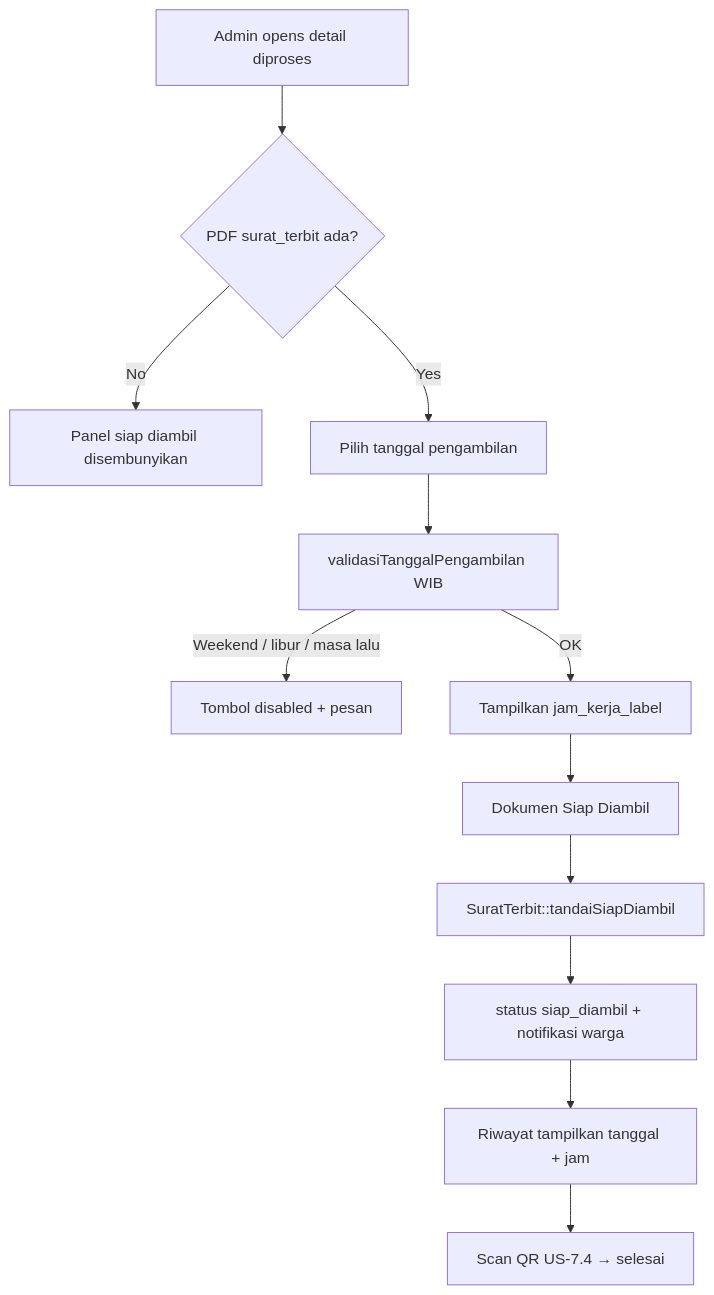
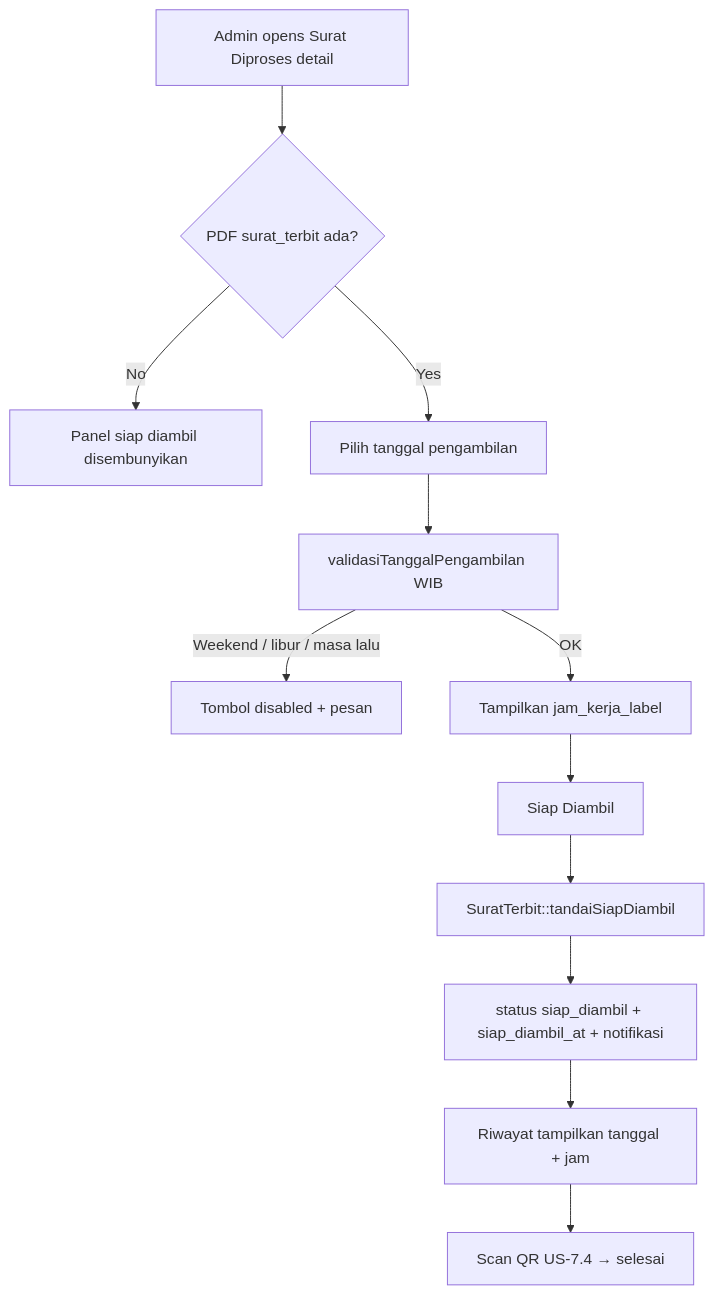
The first of 3 diagrams in docs/dev-docs/features/dokumen-siap-diambil.md (ZulfikarHD/sistem-desa), drawn with Mermaid before and after one commit. The commit also changed other lines of this file and 30 other files, not shown here.

First line of the commit message:
feat(surat): tambah halaman Surat Diproses dan Siap Diambil (US-8.5/8.6)

````diff
--- a/docs/dev-docs/features/dokumen-siap-diambil.md
+++ b/docs/dev-docs/features/dokumen-siap-diambil.md
@@ -9,14 +11,14 @@
 ```mermaid
 flowchart TD
-    A[Admin opens detail diproses] --> B{PDF surat_terbit ada?}
+    A[Admin opens Surat Diproses detail] --> B{PDF surat_terbit ada?}
     B -->|No| C[Panel siap diambil disembunyikan]
     B -->|Yes| D[Pilih tanggal pengambilan]
     D --> E[validasiTanggalPengambilan WIB]
     E -->|Weekend / libur / masa lalu| F[Tombol disabled + pesan]
     E -->|OK| G[Tampilkan jam_kerja_label]
-    G --> H[Dokumen Siap Diambil]
+    G --> H[Siap Diambil]
     H --> I[SuratTerbit::tandaiSiapDiambil]
-    I --> J[status siap_diambil + notifikasi warga]
+    I --> J[status siap_diambil + siap_diambil_at + notifikasi]
     J --> K[Riwayat tampilkan tanggal + jam]
     K --> L[Scan QR US-7.4 → selesai]
 ```
````
